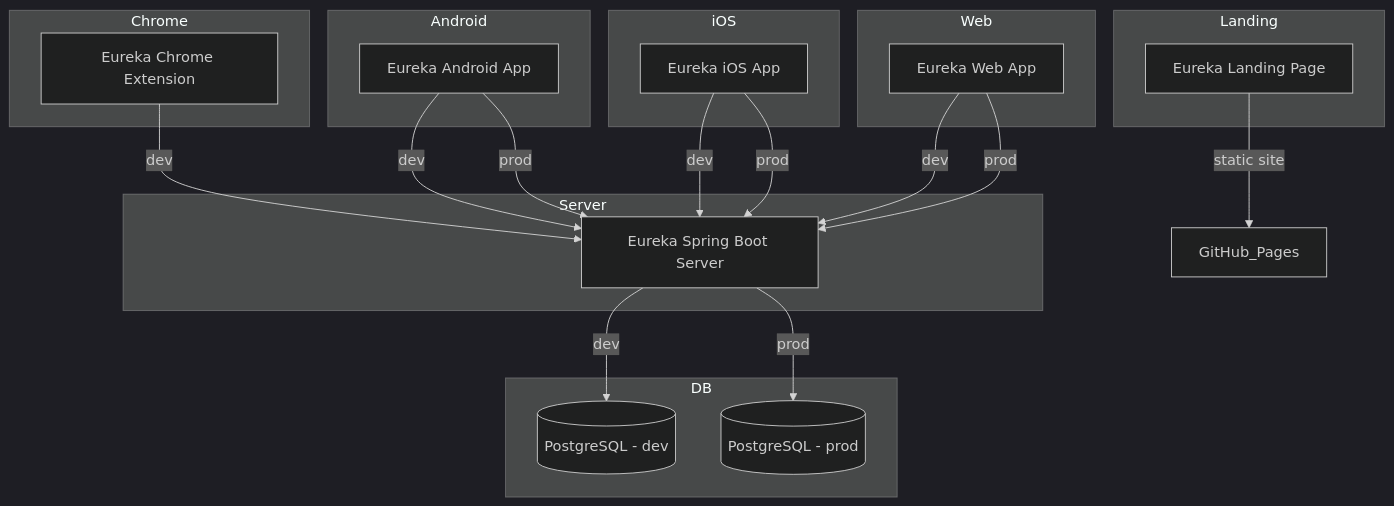
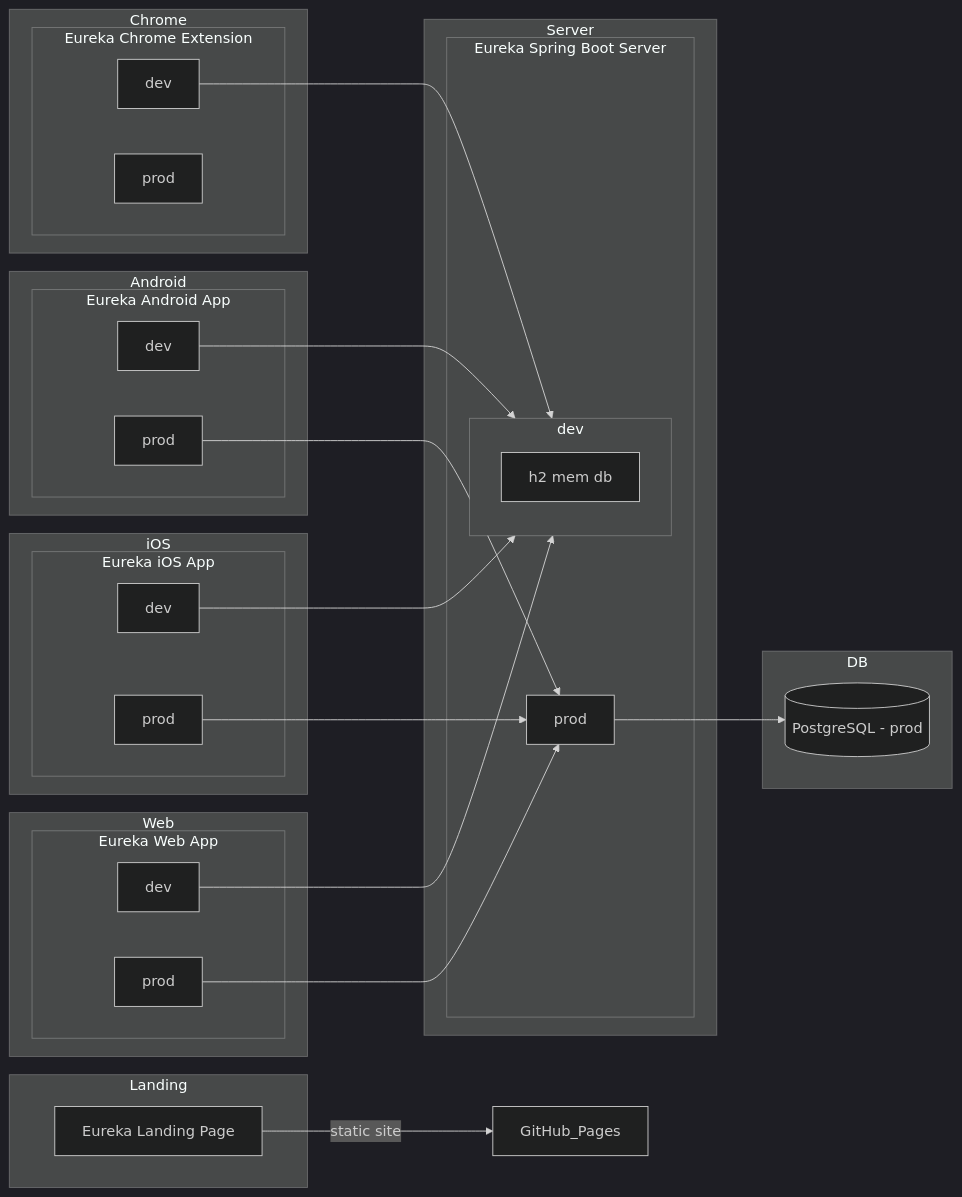
The diagram in profile/README.md (memo-eureka/.github), drawn with Mermaid (dark theme) before and after one commit.

````diff
--- a/profile/README.md
+++ b/profile/README.md
@@ -2,49 +2,64 @@
 ```mermaid
-graph TD
+graph LR
 
 subgraph Android
-    A1[Eureka Android App]
+    subgraph A1["Eureka Android App"]
+        A1_1[dev]
+        A1_2[prod]
+    end
 end
 
 subgraph iOS
-    A2[Eureka iOS App]
+    subgraph A2[Eureka iOS App]
+        A2_1[dev]
+        A2_2[prod]
+    end
 end
 
 subgraph Chrome
-    A3[Eureka Chrome Extension]
+    subgraph A3[Eureka Chrome Extension]
+        A3_1[dev]
+        A3_2[prod]
+    end
 end
 
 subgraph Web
-    A4[Eureka Web App]
+    subgraph A4[Eureka Web App]
+        A4_1[dev]
+        A4_2[prod]
+    end
 end
 
 subgraph Landing
     A5[Eureka Landing Page]
 end
 
 subgraph Server
-    B1[Eureka Spring Boot Server]
+    subgraph B1[Eureka Spring Boot Server]
+        subgraph B1_1[dev]
+            B1_1_1[h2 mem db]
+        end
+        B1_2[prod]
+    end
 end
 
 subgraph DB
-    C1[(PostgreSQL - dev)]
-    C2[(PostgreSQL - prod)]
+    C1[(PostgreSQL - prod)]
 end
 
 %% Connections
-A1 -->|dev| B1
-A2 -->|dev| B1
-A3 -->|dev| B1
-A4 -->|dev| B1
+A1_1 --> B1_1
+A2_1 --> B1_1
+A3_1 --> B1_1
+A4_1 --> B1_1
 
-B1 -->|dev| C1
-B1 -->|prod| C2
+B1_2 --> C1
 
 %% Prod path example
-A1 -->|prod| B1
-A2 -->|prod| B1
-A4 -->|prod| B1
+A1_2 --> B1_2
+A2_2 --> B1_2
+A4_2 --> B1_2
 
 %% Landing page is static
 A5 -->|static site| GitHub_Pages
 ```
````
